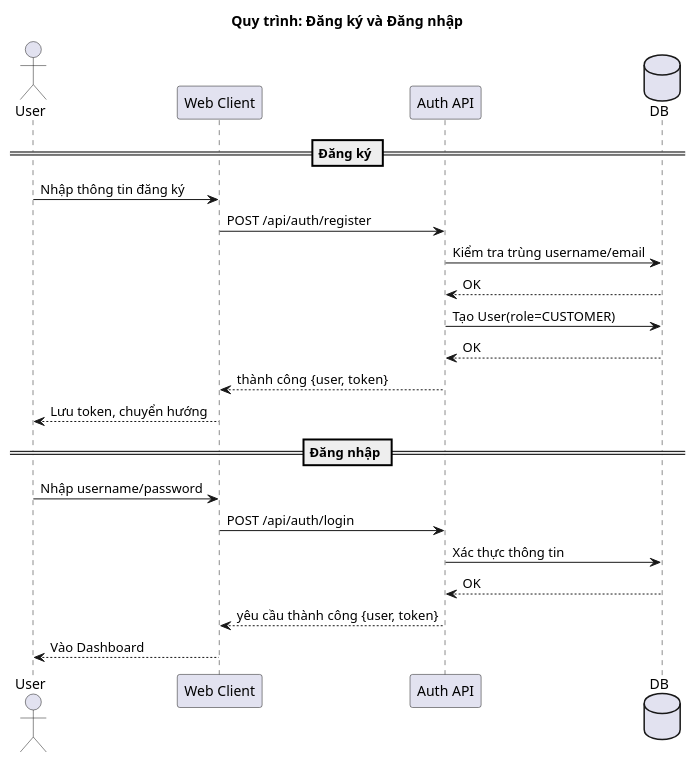
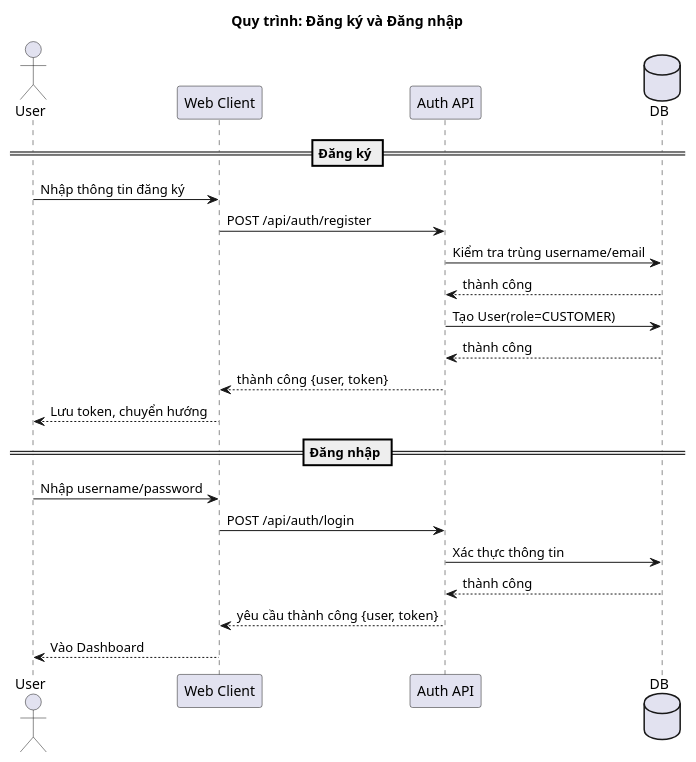
Before and after one commit to KaiyoDev/PetVax: the seventh of 13 diagrams in README.md, drawn with PlantUML. The commit also changed other lines of this file, not shown here.

````diff
--- a/README.md
+++ b/README.md
@@ -370,28 +370,28 @@
 ```plantuml
 @startuml
 title Quy trình: Đăng ký và Đăng nhập
 
 actor User
 participant "Web Client" as Web
 participant "Auth API" as Auth
 database "DB" as DB
 
 == Đăng ký ==
 User -> Web: Nhập thông tin đăng ký
 Web -> Auth: POST /api/auth/register
 Auth -> DB: Kiểm tra trùng username/email
-DB --> Auth: OK
+DB --> Auth: thành công
 Auth -> DB: Tạo User(role=CUSTOMER)
-DB --> Auth: OK
+DB --> Auth: thành công
 Auth --> Web: thành công {user, token}
 Web --> User: Lưu token, chuyển hướng
 
 == Đăng nhập ==
 User -> Web: Nhập username/password
 Web -> Auth: POST /api/auth/login
 Auth -> DB: Xác thực thông tin
-DB --> Auth: OK
+DB --> Auth: thành công
 Auth --> Web: yêu cầu thành công {user, token}
 Web --> User: Vào Dashboard
 @enduml
 ```
````
